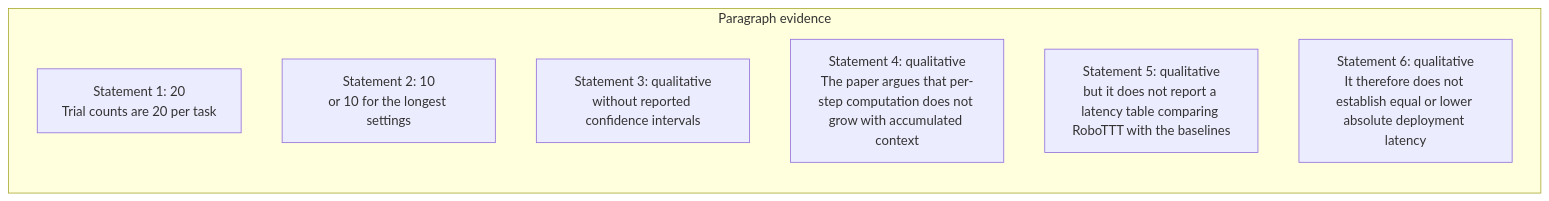
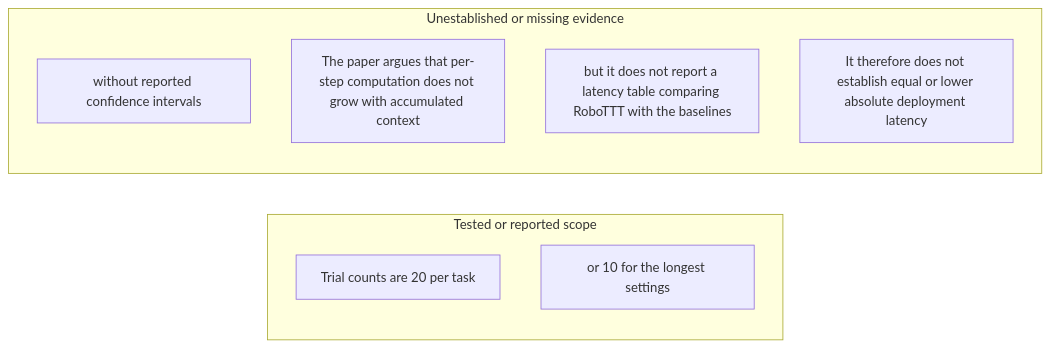
One commit to Betancourt1/paper_atlas changed diagram 40 of 48 in docs/visual-manifests/VISUAL_MANIFEST_ROBOTT.md. Above: the diagram before and after it, drawn with Mermaid. The commit also changed other lines of this file and 7 other files, not shown here.

````diff
--- a/docs/visual-manifests/VISUAL_MANIFEST_ROBOTT.md
+++ b/docs/visual-manifests/VISUAL_MANIFEST_ROBOTT.md
@@ -3382,11 +3387,13 @@
 ```mermaid
 flowchart LR
-  subgraph p1["Paragraph evidence"]
-    p1r1["Statement 1: 20<br/>Trial counts are 20 per task"]
-    p1r2["Statement 2: 10<br/>or 10 for the longest settings"]
-    p1r3["Statement 3: qualitative<br/>without reported confidence intervals"]
-    p1r4["Statement 4: qualitative<br/>The paper argues that per-step computation does not grow with accumulated context"]
-    p1r5["Statement 5: qualitative<br/>but it does not report a latency table comparing RoboTTT with the baselines"]
-    p1r6["Statement 6: qualitative<br/>It therefore does not establish equal or lower absolute deployment latency"]
+  subgraph g1["Tested or reported scope"]
+    g1i1["Trial counts are 20 per task"]
+    g1i2["or 10 for the longest settings"]
+  end
+  subgraph g2["Unestablished or missing evidence"]
+    g2i1["without reported confidence intervals"]
+    g2i2["The paper argues that per-step computation does not grow with accumulated context"]
+    g2i3["but it does not report a latency table comparing RoboTTT with the baselines"]
+    g2i4["It therefore does not establish equal or lower absolute deployment latency"]
   end
 ```
````
